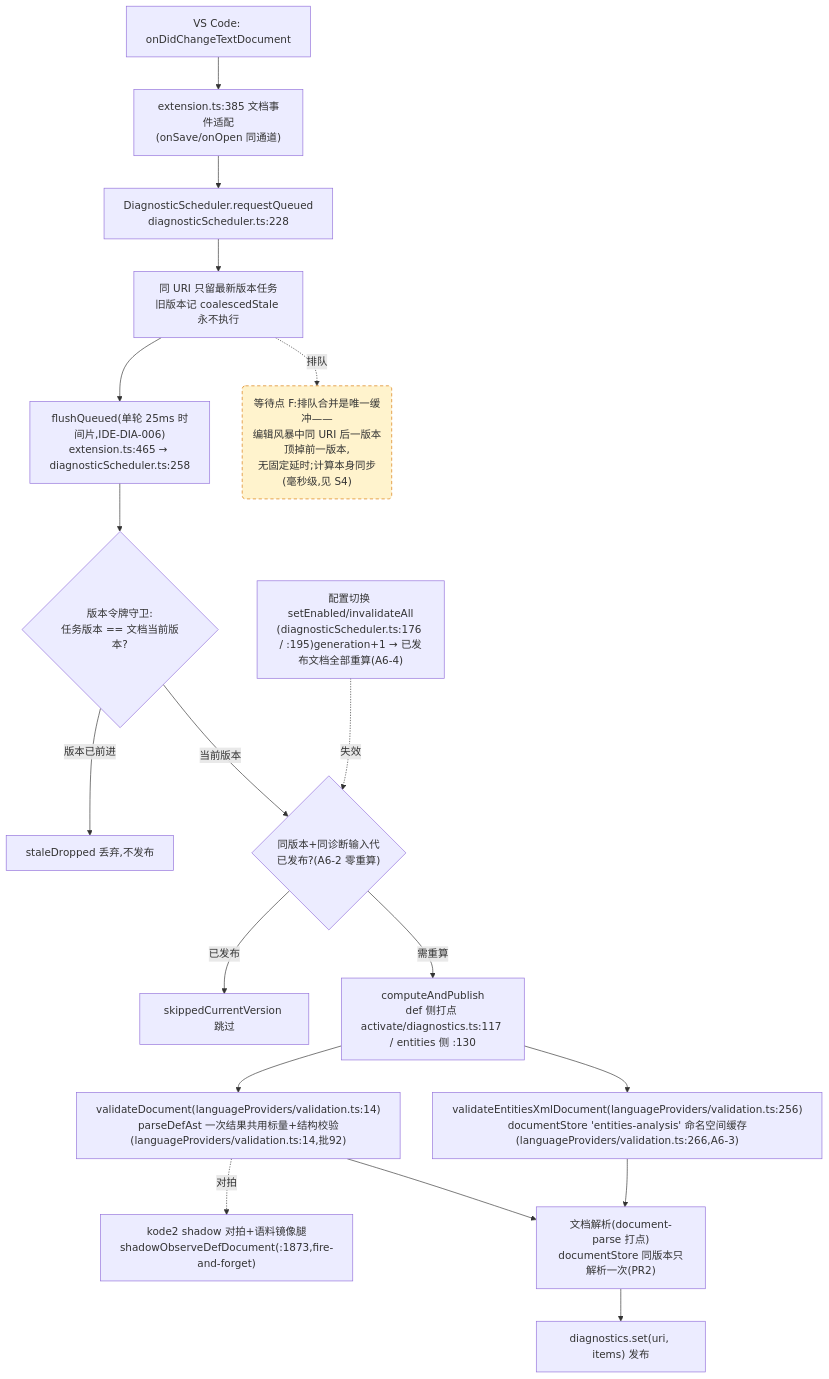
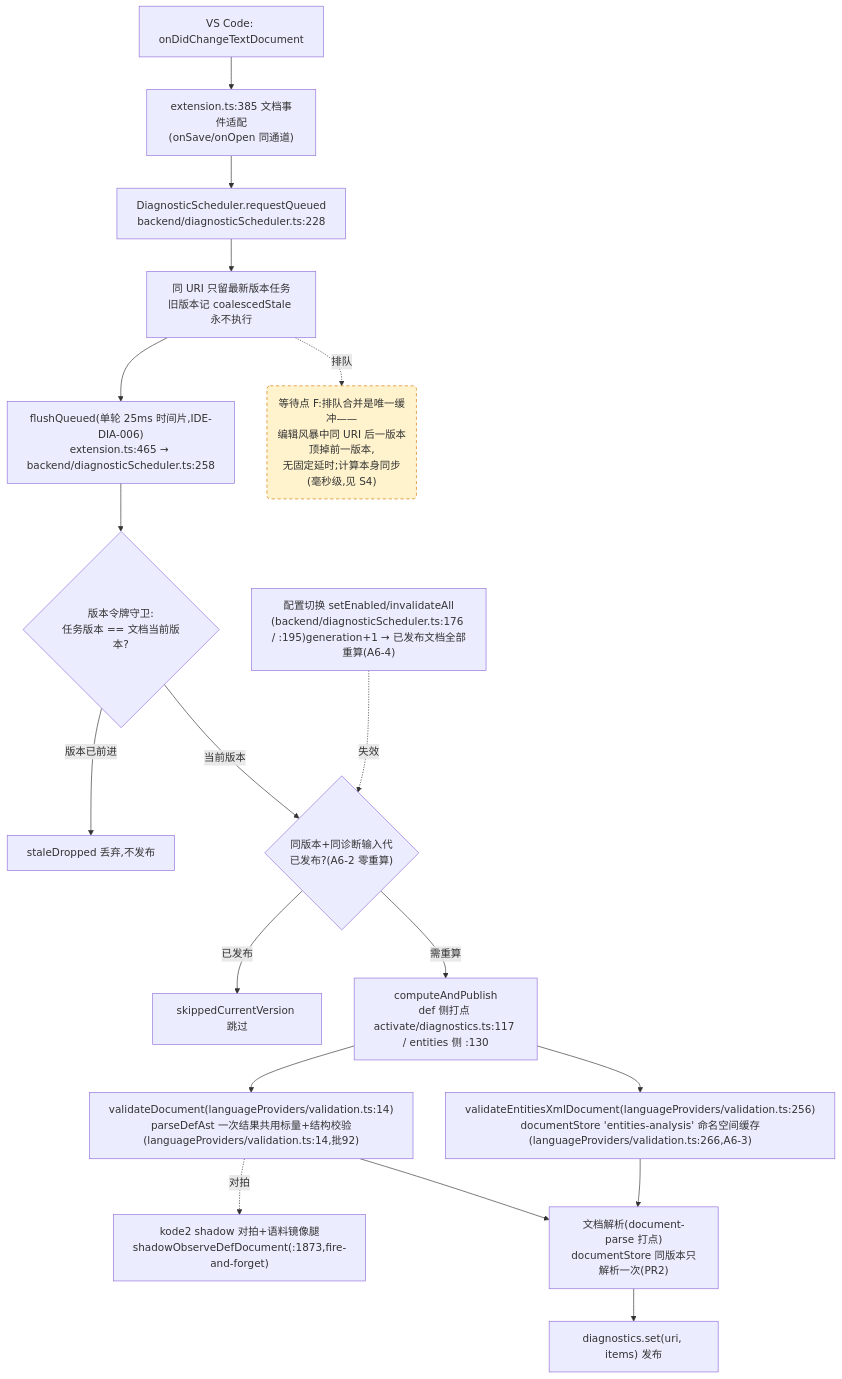
Before and after one commit to cuihairu/kode: the fourth of 4 diagrams in docs/perf/2026-baseline.md, drawn with Mermaid. The commit also changed other lines of this file and 101 other files, not shown here.

````diff
--- a/docs/perf/2026-baseline.md
+++ b/docs/perf/2026-baseline.md
@@ -214,38 +214,38 @@
 ```mermaid
 flowchart TD
   CHG["VS Code: onDidChangeTextDocument"]
   WATCH["extension.ts:385 文档事件适配<br/>(onSave/onOpen 同通道)"]
-  RQ["DiagnosticScheduler.requestQueued<br/>diagnosticScheduler.ts:228"]
+  RQ["DiagnosticScheduler.requestQueued<br/>backend/diagnosticScheduler.ts:228"]
   CO["同 URI 只留最新版本任务<br/>旧版本记 coalescedStale 永不执行"]
-  FL["flushQueued(单轮 25ms 时间片,IDE-DIA-006)<br/>extension.ts:465 → diagnosticScheduler.ts:258"]
+  FL["flushQueued(单轮 25ms 时间片,IDE-DIA-006)<br/>extension.ts:465 → backend/diagnosticScheduler.ts:258"]
   VG{"版本令牌守卫:<br/>任务版本 == 文档当前版本?"}
   DROP["staleDropped 丢弃,不发布"]
   GEN{"同版本+同诊断输入代<br/>已发布?(A6-2 零重算)"}
   SKIP["skippedCurrentVersion 跳过"]
   CALC["computeAndPublish<br/>def 侧打点 activate/diagnostics.ts:117 / entities 侧 :130"]
   VD["validateDocument(languageProviders/validation.ts:14)<br/>parseDefAst 一次结果共用标量+结构校验(languageProviders/validation.ts:14,批92)"]
   VEX["validateEntitiesXmlDocument(languageProviders/validation.ts:256)<br/>documentStore 'entities-analysis' 命名空间缓存(languageProviders/validation.ts:266,A6-3)"]
   SHDD["kode2 shadow 对拍+语料镜像腿<br/>shadowObserveDefDocument(:1873,fire-and-forget)"]
   DS["文档解析(document-parse 打点)<br/>documentStore 同版本只解析一次(PR2)"]
   PUB["diagnostics.set(uri, items) 发布"]
-  CFG2["配置切换 setEnabled/invalidateAll<br/>(diagnosticScheduler.ts:176 / :195)generation+1 → 已发布文档全部重算(A6-4)"]
+  CFG2["配置切换 setEnabled/invalidateAll<br/>(backend/diagnosticScheduler.ts:176 / :195)generation+1 → 已发布文档全部重算(A6-4)"]
 
   CHG --> WATCH --> RQ --> CO --> FL --> VG
   VG -- "版本已前进" --> DROP
   VG -- "当前版本" --> GEN
   GEN -- "已发布" --> SKIP
   GEN -- "需重算" --> CALC
   CALC --> VD
   CALC --> VEX
   VD --> DS
   VEX --> DS
   DS --> PUB
   VD -.->|对拍| SHDD
   CFG2 -.->|失效| GEN
 
   WAITF("等待点 F:排队合并是唯一缓冲——<br/>编辑风暴中同 URI 后一版本顶掉前一版本,<br/>无固定延时;计算本身同步(毫秒级,见 S4)")
   CO -.->|排队| WAITF
 
   classDef waitPoint fill:#fff3cd,stroke:#d97706,stroke-dasharray:5 4;
   class WAITF waitPoint;
 ```
````
